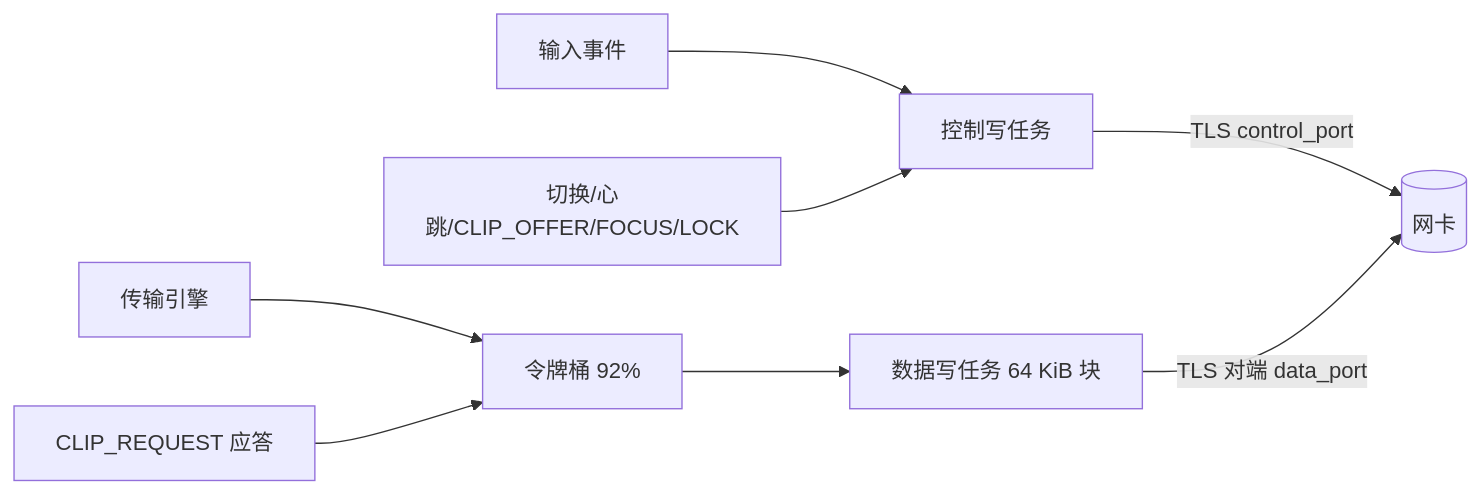
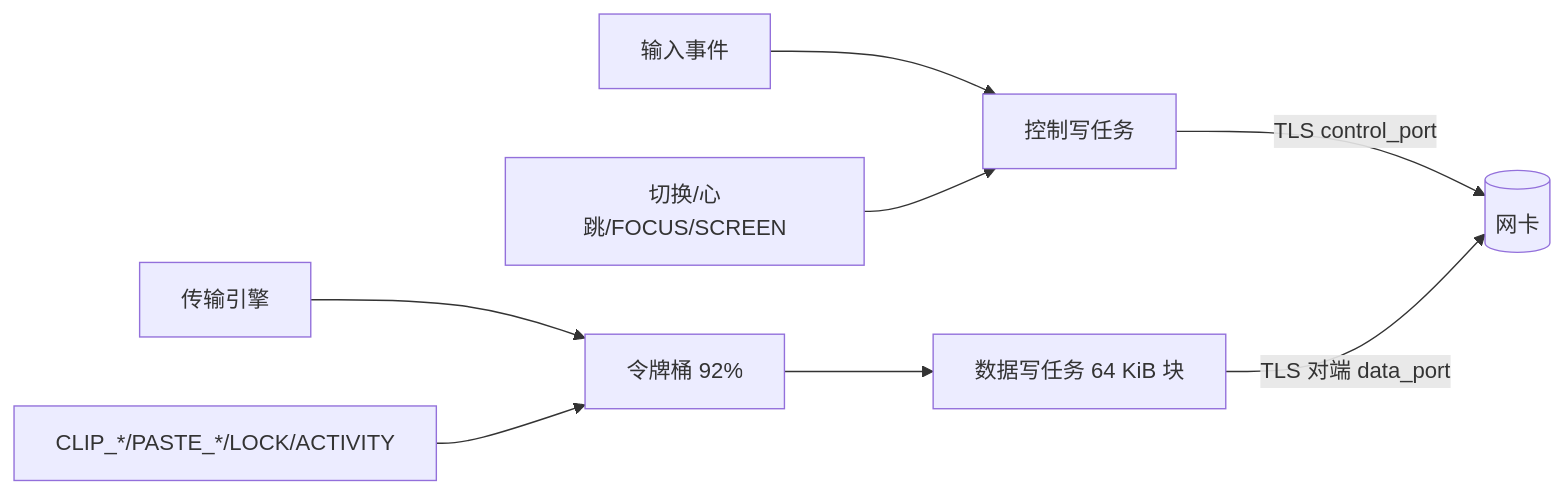
The sixth of 12 diagrams in Doc/架构设计.md (HadyLiu/Cross-SystemConnect), drawn with Mermaid before and after one commit. The commit also changed other lines of this file and 51 other files, not shown here.

````diff
--- a/Doc/架构设计.md
+++ b/Doc/架构设计.md
@@ -644,10 +653,10 @@
 ```mermaid
 flowchart LR
     IN["输入事件"] --> CW["控制写任务"]
-    CTRL["切换/心跳/CLIP_OFFER/FOCUS/LOCK"] --> CW
+    CTRL["切换/心跳/FOCUS/SCREEN"] --> CW
     FILE["传输引擎"] --> TB["令牌桶 92%"]
-    CLIP["CLIP_REQUEST 应答"] --> TB
+    CLIP["CLIP_*/PASTE_*/LOCK/ACTIVITY"] --> TB
     TB --> DW["数据写任务 64 KiB 块"]
     CW -->|"TLS control_port"| NIC[("网卡")]
     DW -->|"TLS 对端 data_port"| NIC
 ```
````
